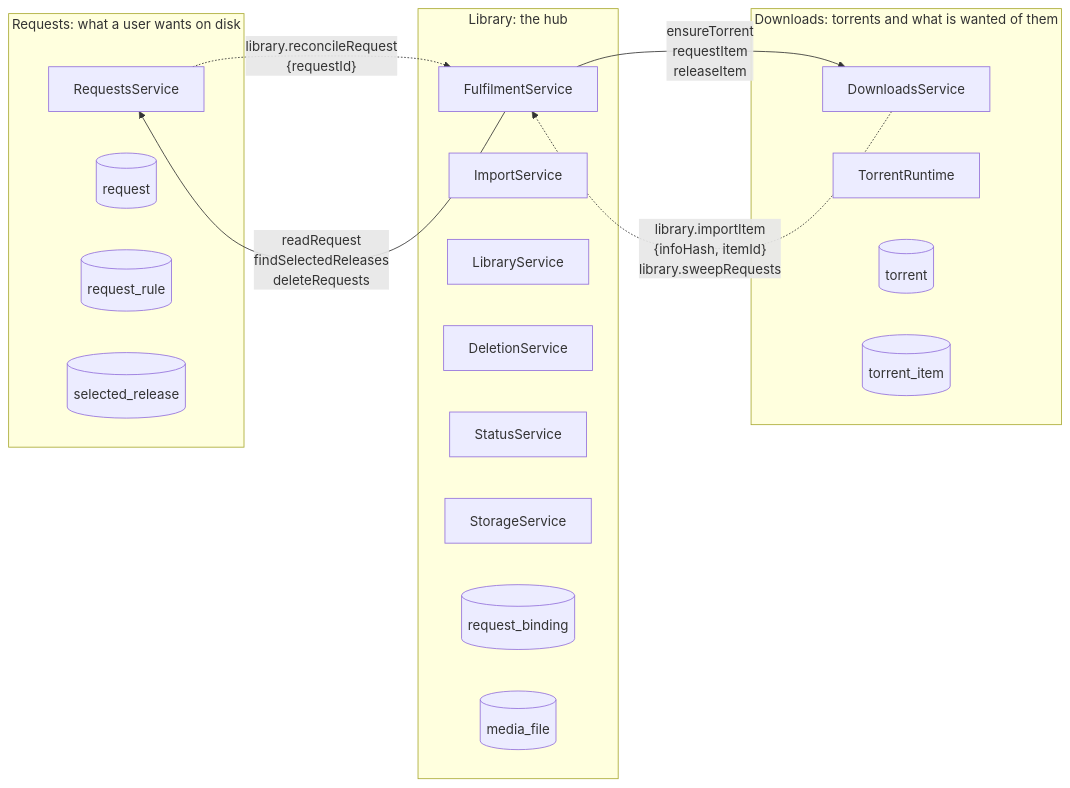
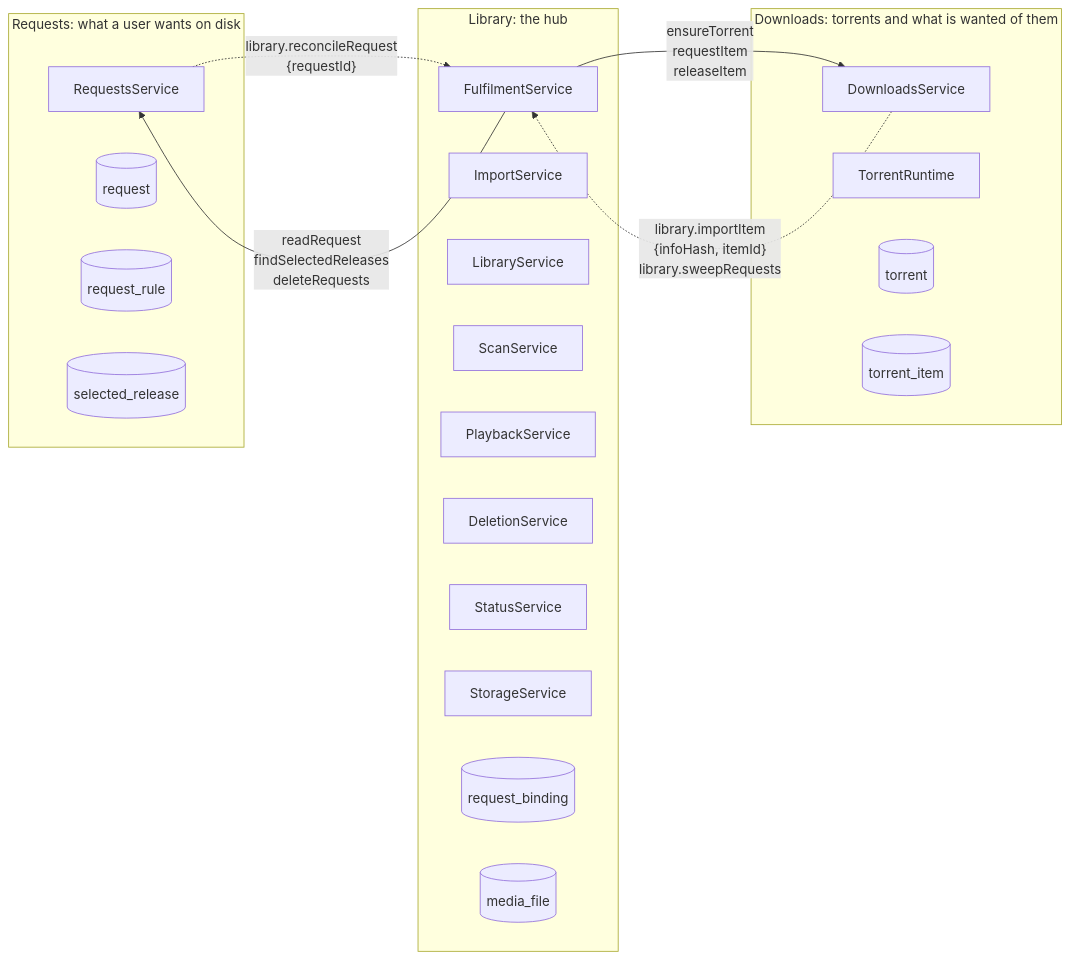
The first of 5 diagrams in docs/backend-architecture.md (aleksilassila/reiverr), drawn with Mermaid before and after one commit. The commit also changed other lines of this file and 21 other files, not shown here.

Commit message:
refactor: extract library/playback.service.ts, library/scan.service.ts; +stuff

````diff
--- a/docs/backend-architecture.md
+++ b/docs/backend-architecture.md
@@ -9,32 +9,34 @@
 ```mermaid
 flowchart LR
   subgraph requests["Requests: what a user wants on disk"]
     RS["RequestsService"]
     RQ[("request")]
     RR[("request_rule")]
     SR[("selected_release")]
   end
 
   subgraph library["Library: the hub"]
     FS["FulfilmentService"]
     IS["ImportService"]
     LS["LibraryService"]
+    SCN["ScanService"]
+    PB["PlaybackService"]
     DEL["DeletionService"]
     STS["StatusService"]
     STO["StorageService"]
     RB[("request_binding")]
     MF[("media_file")]
   end
 
   subgraph downloads["Downloads: torrents and what is wanted of them"]
     DS["DownloadsService"]
     TR["TorrentRuntime"]
     T[("torrent")]
     TI[("torrent_item")]
   end
 
   RS -.->|"library.reconcileRequest<br/>{requestId}"| FS
   FS -->|"readRequest<br/>findSelectedReleases<br/>deleteRequests"| RS
   FS -->|"ensureTorrent<br/>requestItem<br/>releaseItem"| DS
   DS -.->|"library.importItem<br/>{infoHash, itemId}<br/>library.sweepRequests"| FS
 ```
````
